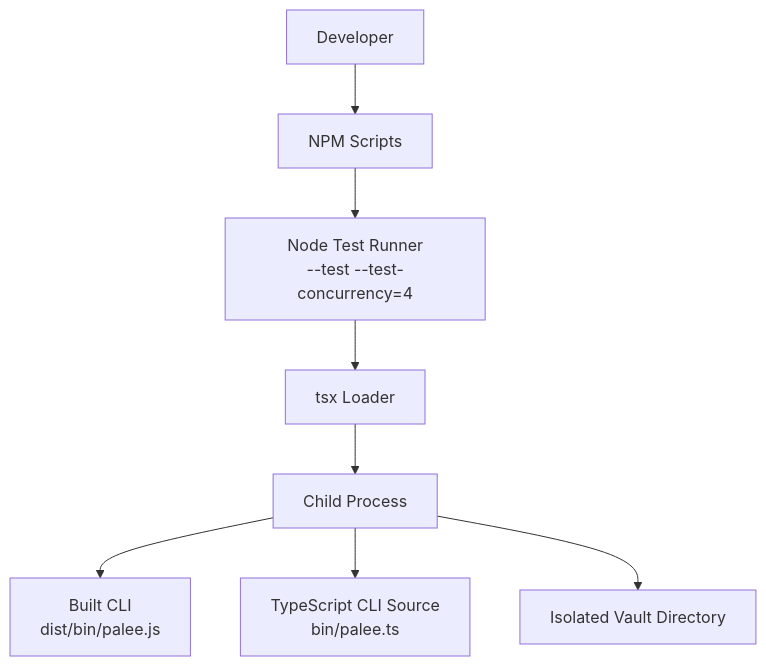
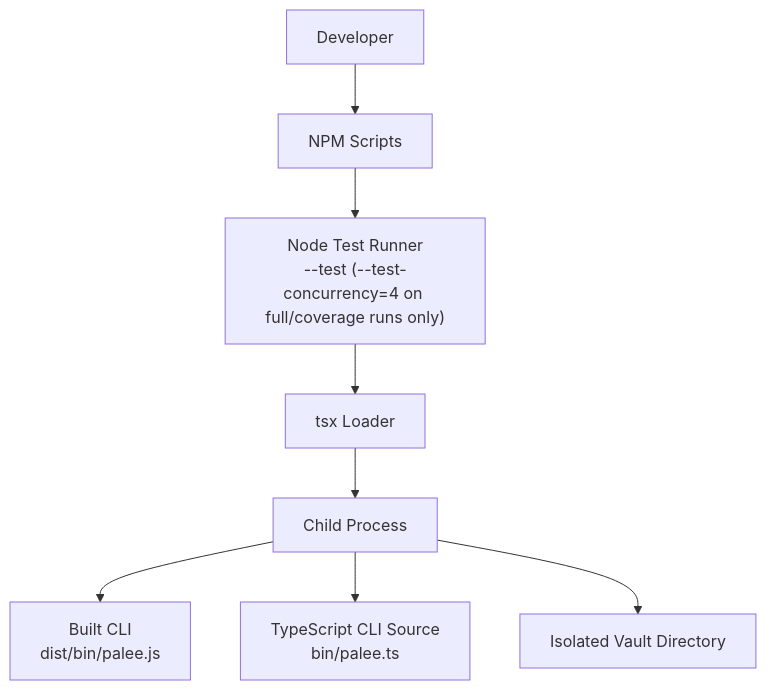
One commit to Kuldeep2822k/palee-architecture changed the second of 7 diagrams in Testing Guide.md. Above: the diagram before and after it, drawn with Mermaid. The commit also changed other lines of this file and 76 other files, not shown here.

````diff
--- a/Testing Guide.md
+++ b/Testing Guide.md
@@ -96,19 +92,19 @@
 ```mermaid
 flowchart TD
   Dev["Developer"]
   NPM["NPM Scripts"]
-  Runner["Node Test Runner<br/>--test --test-concurrency=4"]
+  Runner["Node Test Runner<br/>--test (--test-concurrency=4 on full/coverage runs only)"]
   TSX["tsx Loader"]
   BuiltCLI["Built CLI<br/>dist/bin/palee.js"]
   TSSource["TypeScript CLI Source<br/>bin/palee.ts"]
   ChildProcess["Child Process"]
   FileSystem["Isolated Vault Directory"]
 
   Dev --> NPM
   NPM --> Runner
   Runner --> TSX
   TSX --> ChildProcess
   ChildProcess --> BuiltCLI
   ChildProcess --> TSSource
   ChildProcess --> FileSystem
 ```
````
